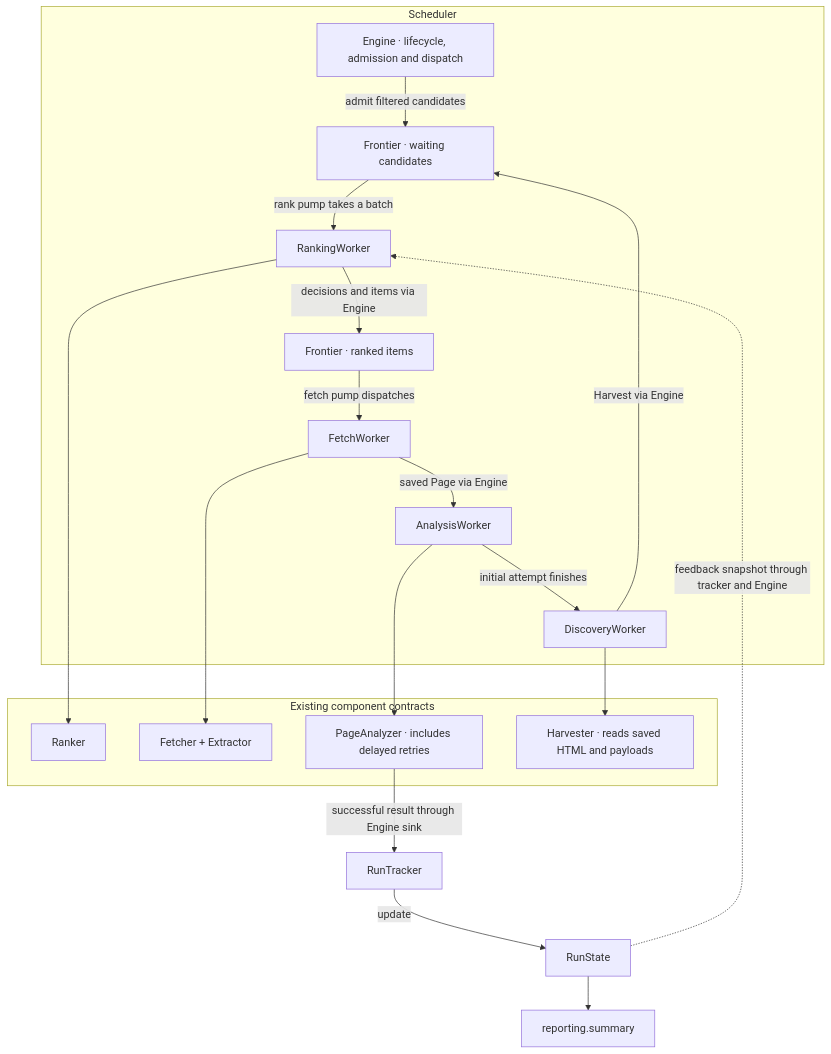
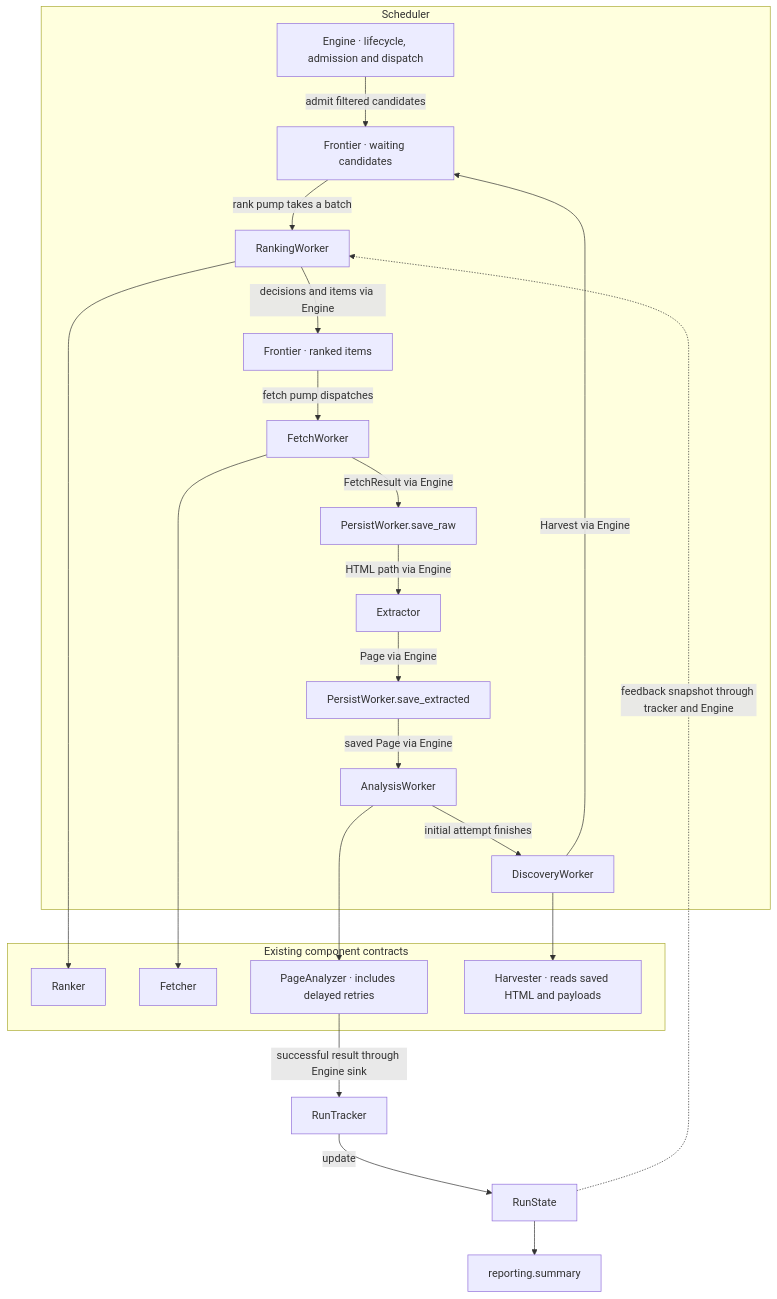
Before and after one commit to shixuan/crawl-me-maybe: the diagram in docs/engine-refactor.md, drawn with Mermaid. The commit also changed other lines of this file and 10 other files, not shown here.

````diff
--- a/docs/engine-refactor.md
+++ b/docs/engine-refactor.md
@@ -34,29 +35,32 @@
 ```mermaid
 flowchart TB
     subgraph scheduler["Scheduler"]
         engine["Engine · lifecycle, admission and dispatch"]
         buffer["Frontier · waiting candidates"]
         queue["Frontier · ranked items"]
         engine -->|admit filtered candidates| buffer
         buffer -->|rank pump takes a batch| rank["RankingWorker"]
         rank -->|decisions and items via Engine| queue
         queue -->|fetch pump dispatches| fetch["FetchWorker"]
-        fetch -->|saved Page via Engine| analysis["AnalysisWorker"]
+        fetch -->|FetchResult via Engine| raw["PersistWorker.save_raw"]
+        raw -->|HTML path via Engine| extract["Extractor"]
+        extract -->|Page via Engine| saved["PersistWorker.save_extracted"]
+        saved -->|saved Page via Engine| analysis["AnalysisWorker"]
         analysis -->|initial attempt finishes| discovery["DiscoveryWorker"]
         discovery -->|Harvest via Engine| buffer
     end
     subgraph components["Existing component contracts"]
         ranker["Ranker"]
-        extractor["Fetcher + Extractor"]
+        fetcher["Fetcher"]
         analyzer["PageAnalyzer · includes delayed retries"]
         harvester["Harvester · reads saved HTML and payloads"]
     end
     rank --> ranker
-    fetch --> extractor
+    fetch --> fetcher
     analysis --> analyzer
     discovery --> harvester
     analyzer -->|successful result through Engine sink| tracker["RunTracker"]
     tracker -->|update| state["RunState"]
     state -. feedback snapshot through tracker and Engine .-> rank
     state --> reporting["reporting.summary"]
 ```
````
